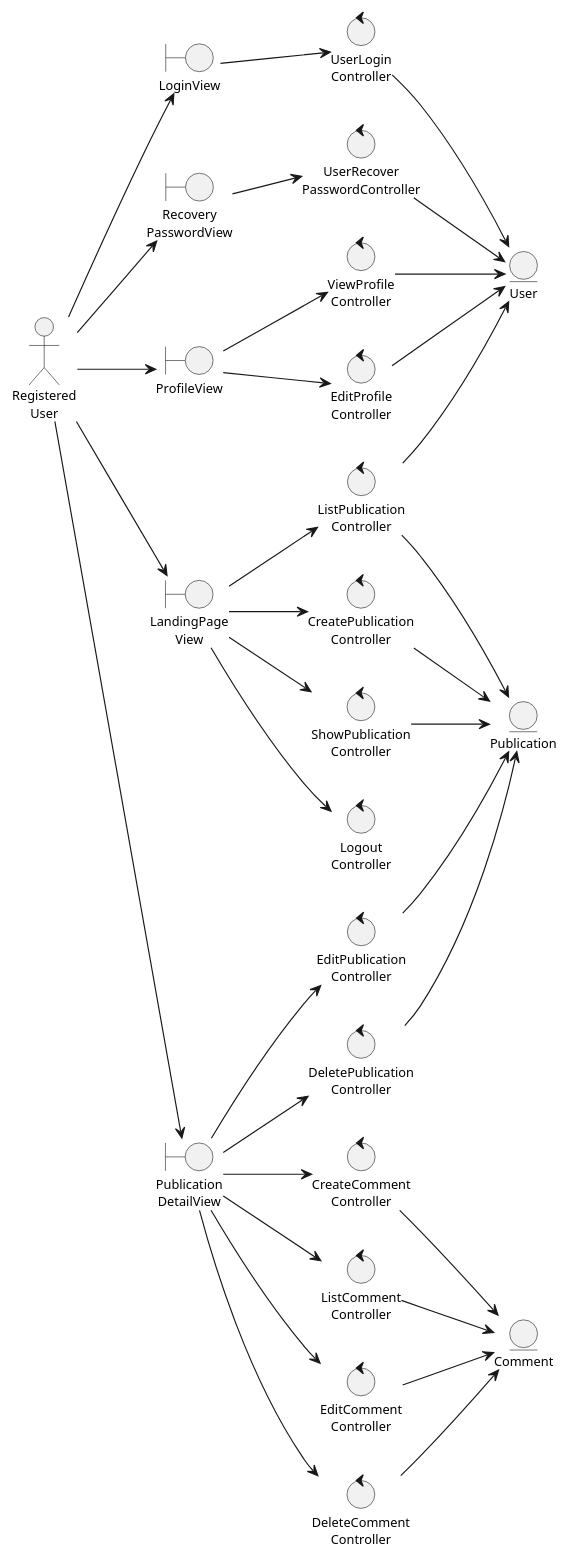
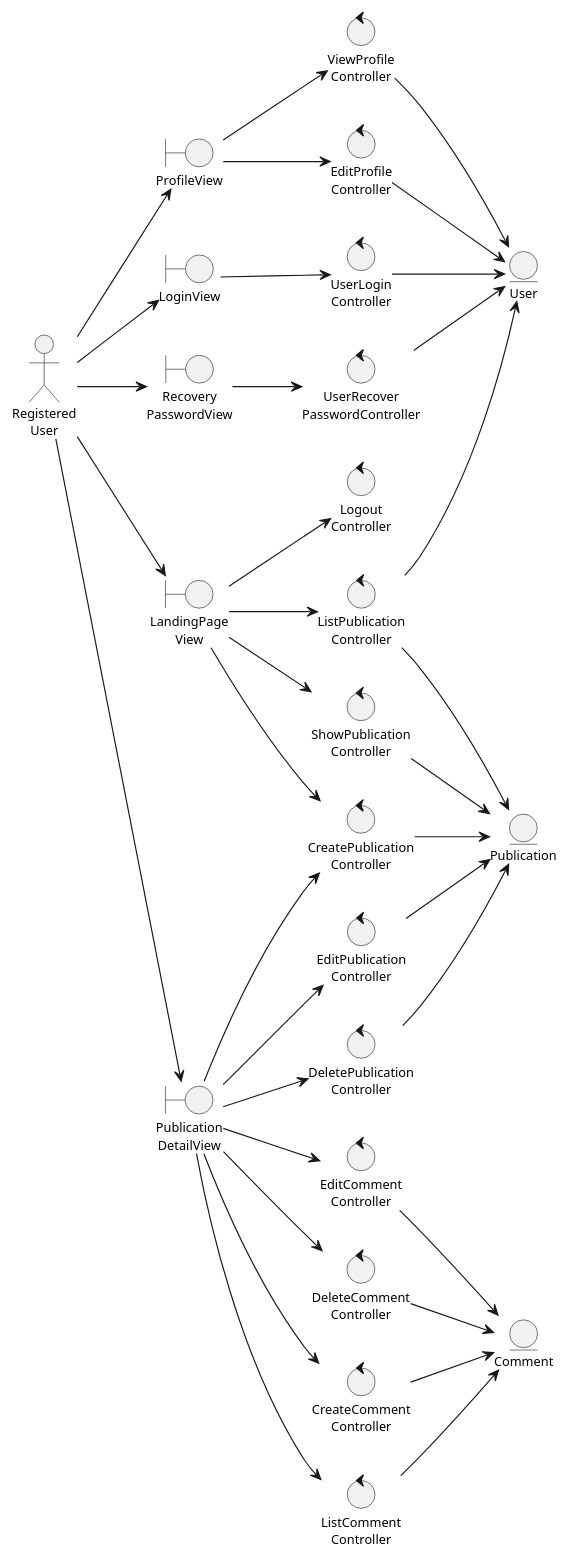
One commit to mpaulaherrero/tesis-frameworks-backend-diagrams changed the diagram in logicalView/analisysView/classAnalisys/analysisClassDiagramRegisterUser.plantuml. Above: the diagram before and after it, drawn with PlantUML.

Commit message:
CreatePublicationController con PublicationDetailView

```diff
--- a/logicalView/analisysView/classAnalisys/analysisClassDiagramRegisterUser.plantuml
+++ b/logicalView/analisysView/classAnalisys/analysisClassDiagramRegisterUser.plantuml
@@ -1,70 +1,71 @@
 @startuml
 skinparam style strictuml
 left to right direction
 skinparam defaultTextAlignment center
 skinparam defaultFontSize 11
 
 actor "Registered\nUser" as UserReg
 
 boundary LoginView
 boundary "Recovery\nPasswordView" as RecoveryPasswordView
 boundary "LandingPage\nView" as LandingPageView
 boundary "Publication\nDetailView" as PublicationDetailView
 boundary ProfileView
 
 entity User
 entity Publication
 entity Comment
 
 control "UserLogin\nController" as UserLoginController
 control "UserRecover\nPasswordController" as UserRecoverPasswordController
 control "Logout\nController" as LogoutController
 control "ListPublication\nController" as ListPublicationController
 control "CreatePublication\nController" as CreatePublicationController
 control "ShowPublication\nController" as ShowPublicationController
 control "EditPublication\nController" as EditPublicationController
 control "DeletePublication\nController" as DeletePublicationController
 control "CreateComment\nController" as CreateCommentController
 control "ListComment\nController" as ListCommentController
 control "EditComment\nController" as EditCommentController
 control "DeleteComment\nController" as DeleteCommentController
 control "ViewProfile\nController" as ViewProfileController
 control "EditProfile\nController" as EditProfileController
 
 UserReg --> LoginView
 UserReg --> RecoveryPasswordView
 UserReg --> LandingPageView
 UserReg --> PublicationDetailView
 UserReg --> ProfileView
 
 LoginView --> UserLoginController
 RecoveryPasswordView --> UserRecoverPasswordController
 LandingPageView --> LogoutController
 LandingPageView --> ListPublicationController
 LandingPageView --> CreatePublicationController
 LandingPageView --> ShowPublicationController
+PublicationDetailView --> CreatePublicationController
 PublicationDetailView --> EditPublicationController
 PublicationDetailView --> DeletePublicationController
 PublicationDetailView --> CreateCommentController
 PublicationDetailView --> ListCommentController
 PublicationDetailView --> EditCommentController
 PublicationDetailView --> DeleteCommentController
 ProfileView --> ViewProfileController
 ProfileView --> EditProfileController
 
 UserLoginController --> User
 UserRecoverPasswordController --> User
 ListPublicationController --> User
 ListPublicationController --> Publication
 CreatePublicationController --> Publication
 ShowPublicationController --> Publication
 EditPublicationController --> Publication
 DeletePublicationController --> Publication
 CreateCommentController --> Comment
 ListCommentController --> Comment
 EditCommentController --> Comment
 DeleteCommentController --> Comment
 ViewProfileController --> User
 EditProfileController --> User
 
 @enduml
```
